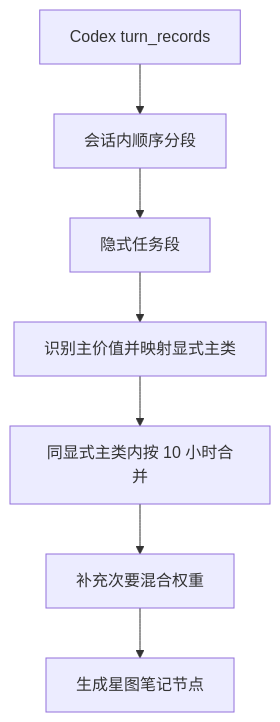
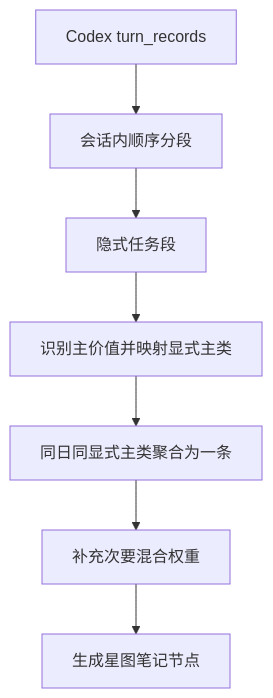
Before and after one commit to code4101/codeyun: the diagram in docs/Codex日记分类聚合设计.md, drawn with Mermaid. The commit also changed other lines of this file and 1404 other files, not shown here.

````diff
--- a/docs/Codex日记分类聚合设计.md
+++ b/docs/Codex日记分类聚合设计.md
@@ -21,9 +21,9 @@
 ```mermaid
 flowchart TD
     A["Codex turn_records"] --> B["会话内顺序分段"]
     B --> C["隐式任务段"]
     C --> D["识别主价值并映射显式主类"]
-    D --> E["同显式主类内按 10 小时合并"]
+    D --> E["同日同显式主类聚合为一条"]
     E --> F["补充次要混合权重"]
     F --> G["生成星图笔记节点"]
 ```
````
